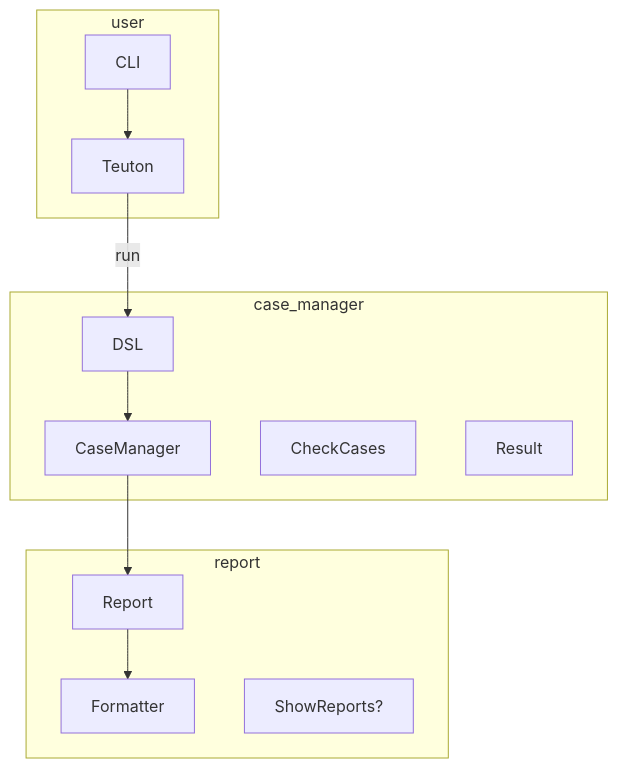
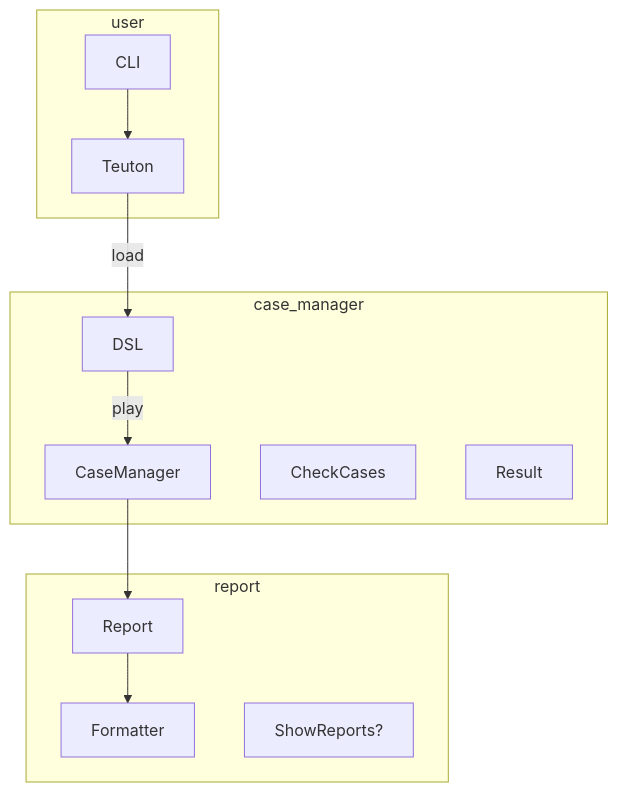
The second of 2 diagrams in docs/diagram.md (teuton-software/teuton), drawn with Mermaid before and after one commit.

````diff
--- a/docs/diagram.md
+++ b/docs/diagram.md
@@ -43,21 +43,21 @@
 ```mermaid
 flowchart TB
 
 subgraph user
   CLI --> Teuton
 end
 
 subgraph case_manager
-  Teuton -- run --> DSL
-  DSL --> CaseManager
+  Teuton -- load --> DSL
+  DSL -- play --> CaseManager
   CheckCases
   Result
 end
 
 subgraph report
   CaseManager --> Report
   Report --> Formatter
 
   ShowReports?
 end
 ```
````
